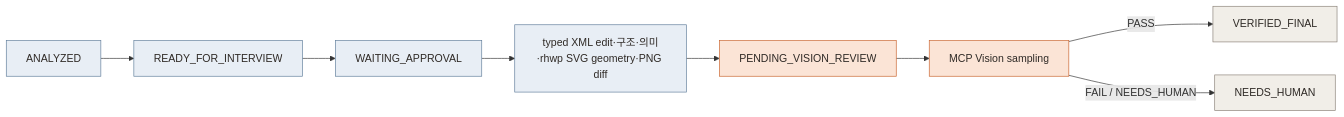
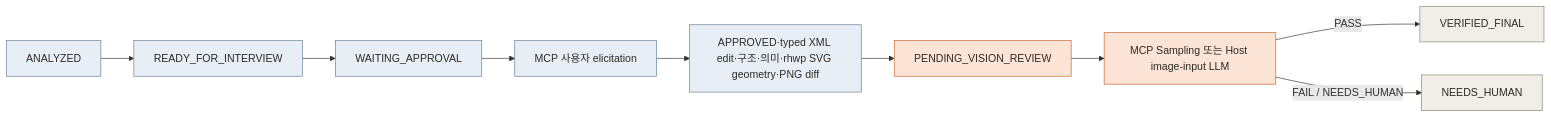
One commit to fowoco/ai changed the diagram in README.md. Above: the diagram before and after it, drawn with Mermaid. The commit also changed other lines of this file and 2 other files, not shown here.

Commit message:
docs: explain host vision finalization

````diff
--- a/README.md
+++ b/README.md
@@ -28,18 +30,19 @@
 ```mermaid
 flowchart LR
     A["ANALYZED"] --> I["READY_FOR_INTERVIEW"]
     I --> P["WAITING_APPROVAL"]
-    P --> X["typed XML edit·구조·의미·rhwp SVG geometry·PNG diff"]
+    P --> U["MCP 사용자 elicitation"]
+    U --> X["APPROVED·typed XML edit·구조·의미·rhwp SVG geometry·PNG diff"]
     X --> V["PENDING_VISION_REVIEW"]
-    V --> R["MCP Vision sampling"]
+    V --> R["MCP Sampling 또는 Host image-input LLM"]
     R -- "PASS" --> F["VERIFIED_FINAL"]
     R -- "FAIL / NEEDS_HUMAN" --> H["NEEDS_HUMAN"]
 
     classDef mcp fill:#e8eef5,stroke:#607d9a,color:#2f2a26
     classDef guard fill:#fbe4d6,stroke:#c9632d,color:#2f2a26
     classDef result fill:#f1eee8,stroke:#8a8178,color:#2f2a26
 
-    class A,I,P,X mcp
+    class A,I,P,U,X mcp
     class V,R guard
     class F,H result
 ```
````
